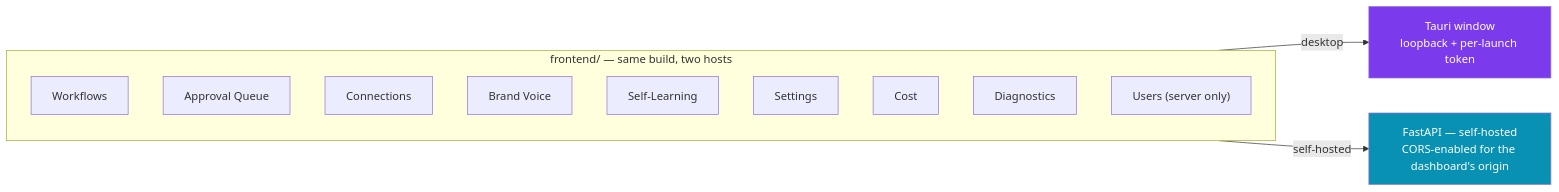
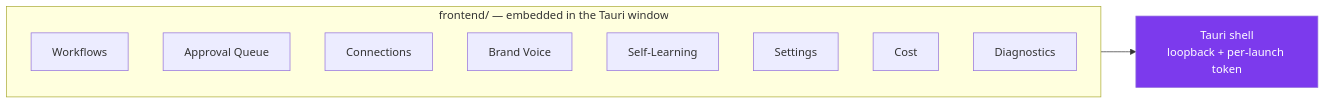
One commit to codaswin/ALM_opensourse changed the tenth of 10 diagrams in README.md. Above: the diagram before and after it, drawn with Mermaid. The commit also changed other lines of this file, not shown here.

First line of the commit message:
Rewrite README as desktop-only: step-by-step install instructions

````diff
--- a/README.md
+++ b/README.md
@@ -825,20 +720,16 @@
 ```mermaid
 flowchart LR
-    subgraph FE["frontend/ — same build, two hosts"]
+    subgraph FE["frontend/ — embedded in the Tauri window"]
         WF["Workflows"]
         AQ["Approval Queue"]
         CN["Connections"]
         BV["Brand Voice"]
         SL["Self-Learning"]
         ST["Settings"]
         CO["Cost"]
         DG["Diagnostics"]
-        US["Users (server only)"]
     end
-    Tauri["Tauri window<br/>loopback + per-launch token"]
-    API["FastAPI — self-hosted<br/>CORS-enabled for the dashboard's origin"]
-    FE -->|desktop| Tauri
-    FE -->|self-hosted| API
-    style API fill:#0891b2,color:#fff
+    Tauri["Tauri shell<br/>loopback + per-launch token"]
+    FE --> Tauri
     style Tauri fill:#7c3aed,color:#fff
 ```
````
